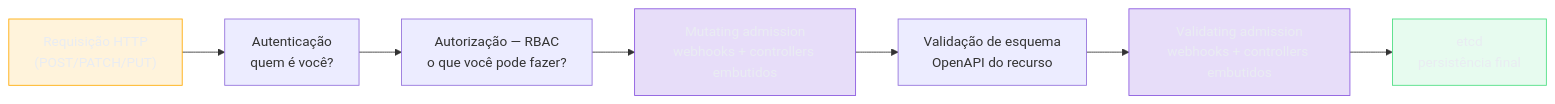
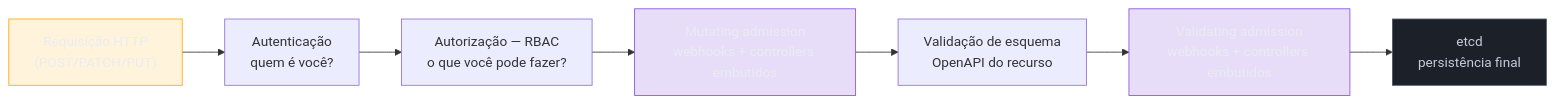
One commit to josenaldo/codex-technomanticus changed the second of 4 diagrams in 03-Dominios/Tecnologia/Infraestrutura/Kubernetes/16 - O control plane por dentro.md. Above: the diagram before and after it, drawn with Mermaid. The commit also changed other lines of this file and 601 other files, not shown here.

````diff
--- a/03-Dominios/Tecnologia/Infraestrutura/Kubernetes/16 - O control plane por dentro.md
+++ b/03-Dominios/Tecnologia/Infraestrutura/Kubernetes/16 - O control plane por dentro.md
@@ -101,17 +101,17 @@
 ```mermaid
 graph LR
+    classDef neutro fill:#1B2029,stroke:#4E5666,color:#C6CCD8
     classDef destaque fill:#FFAA0024,stroke:#FFAA00,color:#E9ECF2
-    classDef ok fill:#4ADE8021,stroke:#4ADE80,color:#E9ECF2
     classDef marca fill:#8855DF33,stroke:#8855DF,color:#E9ECF2
     Req["Requisição HTTP<br/>(POST/PATCH/PUT)"] --> Auth["Autenticação<br/>quem é você?"]
     Auth --> Az["Autorização — RBAC<br/>o que você pode fazer?"]
     Az --> MA["Mutating admission<br/>webhooks + controllers embutidos"]
     MA --> Sch["Validação de esquema<br/>OpenAPI do recurso"]
     Sch --> VA["Validating admission<br/>webhooks + controllers embutidos"]
     VA --> ETCD["etcd<br/>persistência final"]
 
     class Req destaque
-    class ETCD ok
+    class ETCD neutro
     class MA marca
     class VA marca
 ```
````
